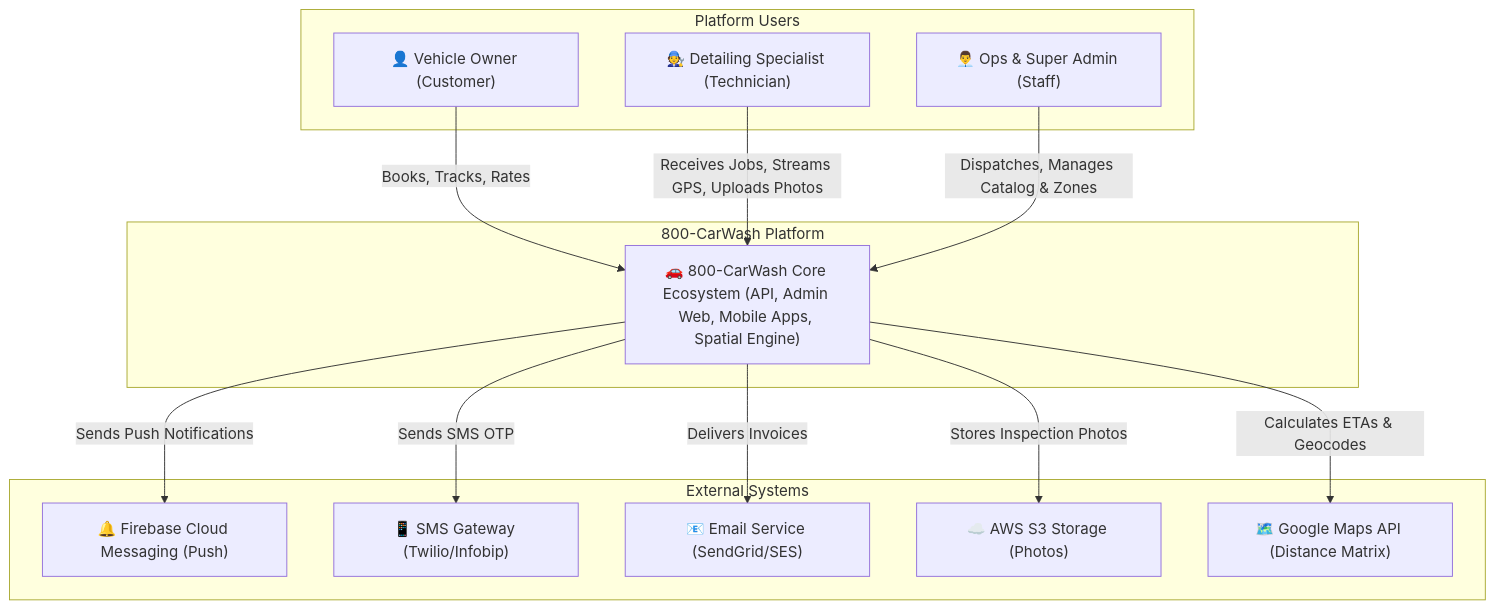
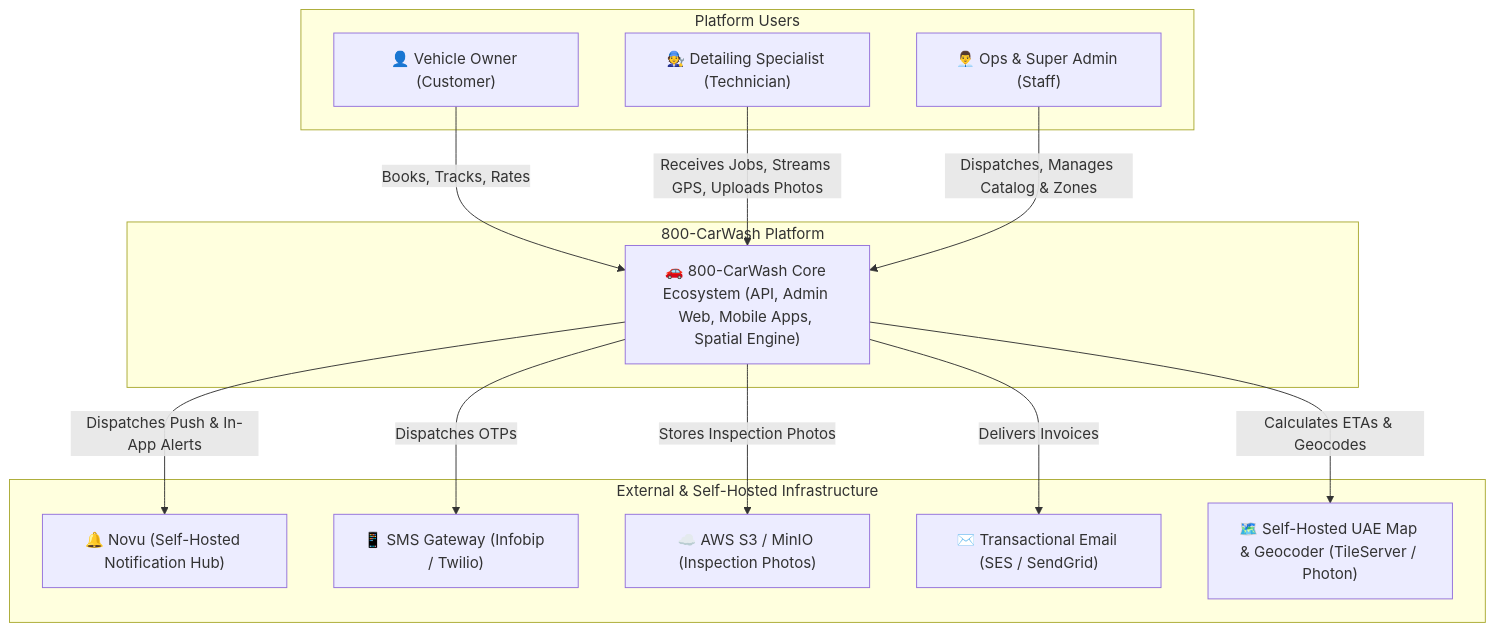
One commit to fsdevriver/800-doc changed the first of 3 diagrams in docs/system-design/c4-architecture.md. Above: the diagram before and after it, drawn with Mermaid. The commit also changed 3 other files, not shown here.

Commit message:
feat: adopt Novu self-hosted notification engine across architecture and tech stack

````diff
--- a/docs/system-design/c4-architecture.md
+++ b/docs/system-design/c4-architecture.md
@@ -11,30 +11,30 @@
 ```mermaid
 graph TD
     subgraph Users["Platform Users"]
         CUST["👤 Vehicle Owner (Customer)"]
         SPEC["🧑‍🔧 Detailing Specialist (Technician)"]
         ADMIN["👨‍💼 Ops & Super Admin (Staff)"]
     end
 
     subgraph Platform["800-CarWash Platform"]
         SYS["🚗 800-CarWash Core Ecosystem (API, Admin Web, Mobile Apps, Spatial Engine)"]
     end
 
-    subgraph ExtSystems["External Systems"]
-        FCM["🔔 Firebase Cloud Messaging (Push)"]
-        SMS_GW["📱 SMS Gateway (Twilio/Infobip)"]
-        MAIL_GW["📧 Email Service (SendGrid/SES)"]
-        S3_STO["☁️ AWS S3 Storage (Photos)"]
-        MAPS["🗺️ Google Maps API (Distance Matrix)"]
+    subgraph Ext["External & Self-Hosted Infrastructure"]
+        NOVU["🔔 Novu (Self-Hosted Notification Hub)"]
+        SMS["📱 SMS Gateway (Infobip / Twilio)"]
+        S3["☁️ AWS S3 / MinIO (Inspection Photos)"]
+        EMAIL["✉️ Transactional Email (SES / SendGrid)"]
+        UAE_MAP["🗺️ Self-Hosted UAE Map & Geocoder (TileServer / Photon)"]
     end
 
     CUST -->|Books, Tracks, Rates| SYS
     SPEC -->|Receives Jobs, Streams GPS, Uploads Photos| SYS
     ADMIN -->|Dispatches, Manages Catalog & Zones| SYS
 
-    SYS -->|Sends Push Notifications| FCM
-    SYS -->|Sends SMS OTP| SMS_GW
-    SYS -->|Delivers Invoices| MAIL_GW
-    SYS -->|Stores Inspection Photos| S3_STO
-    SYS -->|Calculates ETAs & Geocodes| MAPS
+    SYS -->|Dispatches Push & In-App Alerts| NOVU
+    SYS -->|Dispatches OTPs| SMS
+    SYS -->|Stores Inspection Photos| S3
+    SYS -->|Delivers Invoices| EMAIL
+    SYS -->|Calculates ETAs & Geocodes| UAE_MAP
 ```
````
